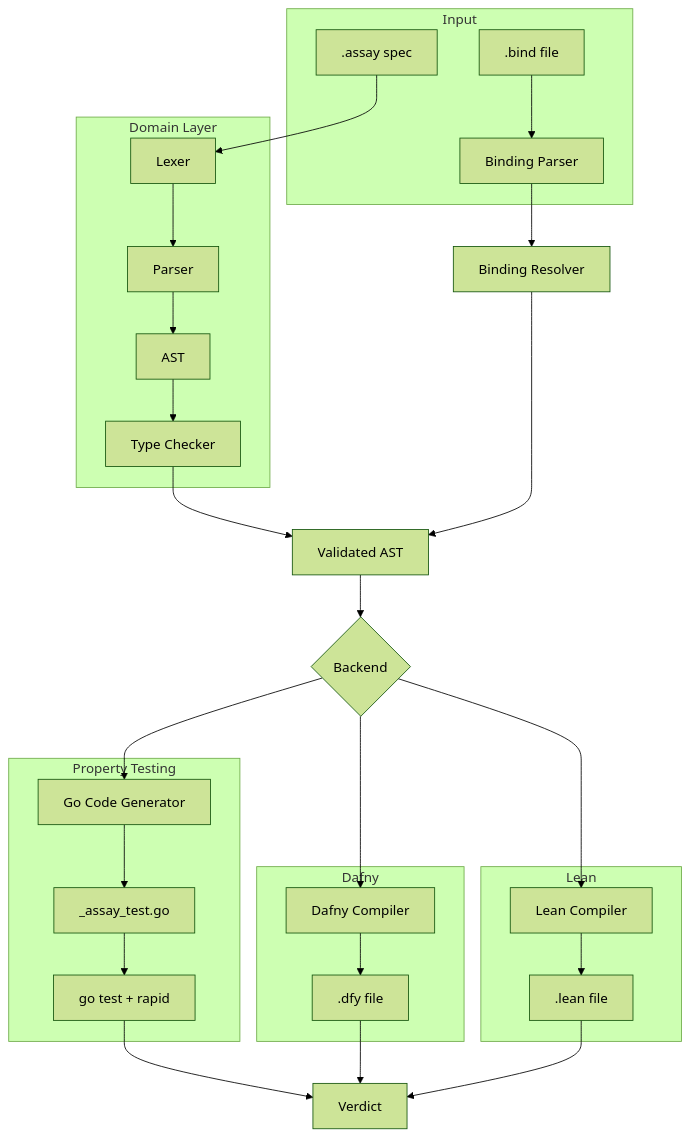
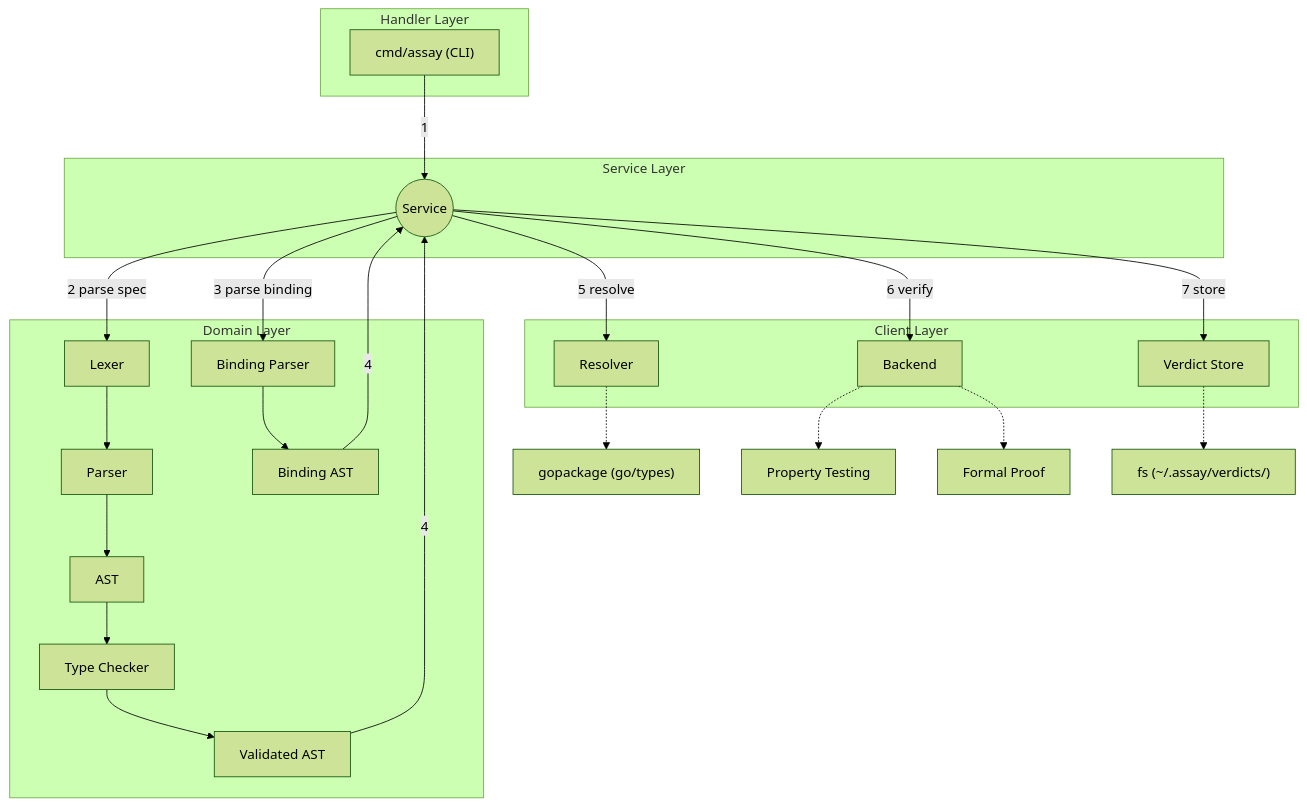
One commit to w-h-a/assay changed the diagram in README.md. Above: the diagram before and after it, drawn with Mermaid (forest theme). The commit also changed other lines of this file, not shown here.

Commit message:
docs: update README (#9)

````diff
--- a/README.md
+++ b/README.md
@@ -23,39 +23,41 @@
 ```mermaid
-graph TD
+graph TD     
+    subgraph "Handler Layer"
+        CLI["cmd/assay (CLI)"]
+    end
+
+    CLI -->|1| SVC
+
+    subgraph "Service Layer"
+        SVC((Service))
+    end
+
+    SVC -->|2 parse spec| L
+    SVC -->|3 parse binding| BP
+
     subgraph "Domain Layer"
         L[Lexer] --> P[Parser]
         P --> AST
         AST --> TC[Type Checker]
+        TC --> VA[Validated AST]
+        BP[Binding Parser] --> BA[Binding AST]
     end
 
-    subgraph "Input"
-        SF[".assay spec"] --> L
-        BF[".bind file"] --> BP[Binding Parser]
+    VA -->|4| SVC
+    BA -->|4| SVC
+
+    SVC -->|5 resolve| R
+    SVC -->|6 verify| B
+    SVC -->|7 store| VS
+
+    subgraph "Client Layer"
+        R[Resolver]
+        B[Backend]
+        VS[Verdict Store]
     end
 
-    TC --> VA[Validated AST]
-    BP --> BR[Binding Resolver]
-    BR --> VA
-
-    VA --> B{Backend}
-    B --> CG[Go Code Generator]
-    B --> DC[Dafny Compiler]
-    B --> LC[Lean Compiler]
-
-    subgraph "Property Testing"
-        CG --> TF["_assay_test.go"]
-        TF --> GT["go test + rapid"]
-    end
-
-    subgraph "Dafny"
-        DC --> DF[".dfy file"]
-    end
-
-    subgraph "Lean"
-        LC --> LF[".lean file"]
-    end
-
-    GT --> V[Verdict]
-    DF --> V
-    LF --> V
+    R -.-> GP["gopackage (go/types)"]
+    B -.-> PT[Property Testing]
+    B -.-> FP[Formal Proof]
+    VS -.-> FS["fs (~/.assay/verdicts/)"]
 ```
````
